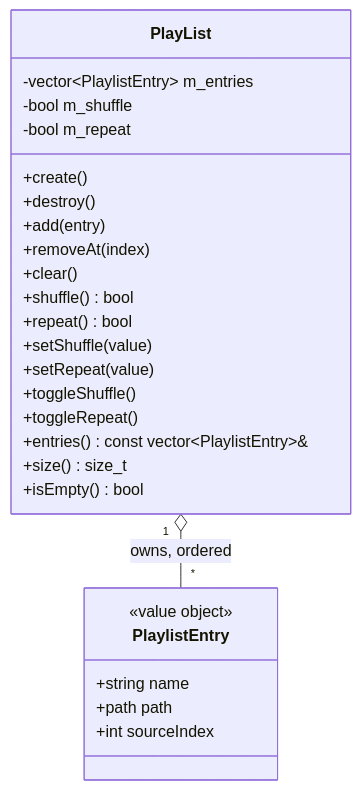
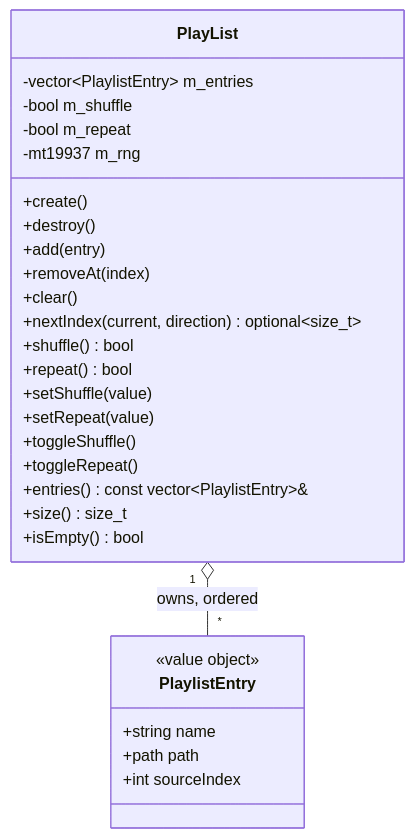
Before and after one commit to notnotme/osp2: the diagram in docs/playlist.md, drawn with Mermaid. The commit also changed other lines of this file and 13 other files, not shown here.

````diff
--- a/docs/playlist.md
+++ b/docs/playlist.md
@@ -5,31 +5,33 @@
 ```mermaid
 classDiagram
     class PlaylistEntry {
         <<value object>>
         +string name
         +path path
         +int sourceIndex
     }
 
     class PlayList {
         -vector~PlaylistEntry~ m_entries
         -bool m_shuffle
         -bool m_repeat
+        -mt19937 m_rng
         +create()
         +destroy()
         +add(entry)
         +removeAt(index)
         +clear()
+        +nextIndex(current, direction) optional~size_t~
         +shuffle() bool
         +repeat() bool
         +setShuffle(value)
         +setRepeat(value)
         +toggleShuffle()
         +toggleRepeat()
         +entries() const vector~PlaylistEntry~&
         +size() size_t
         +isEmpty() bool
     }
 
     PlayList "1" o-- "*" PlaylistEntry : owns, ordered
 ```
````
